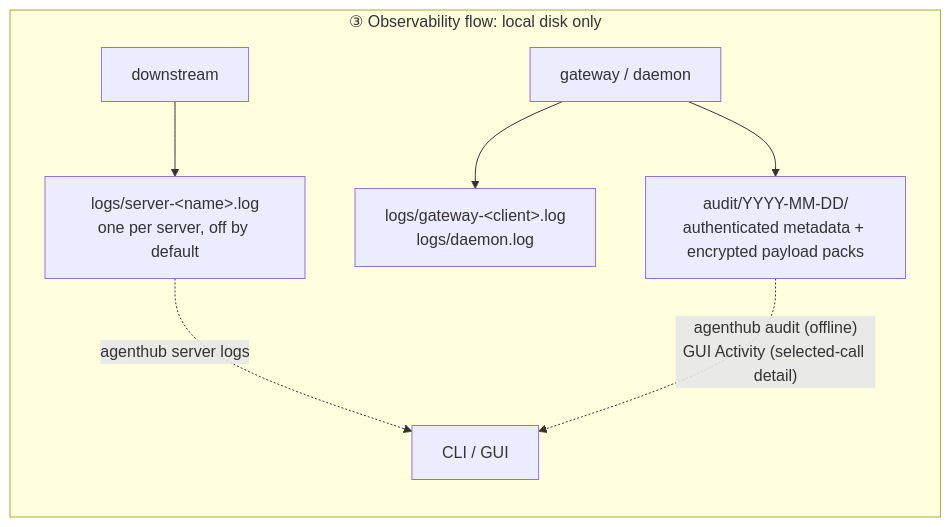
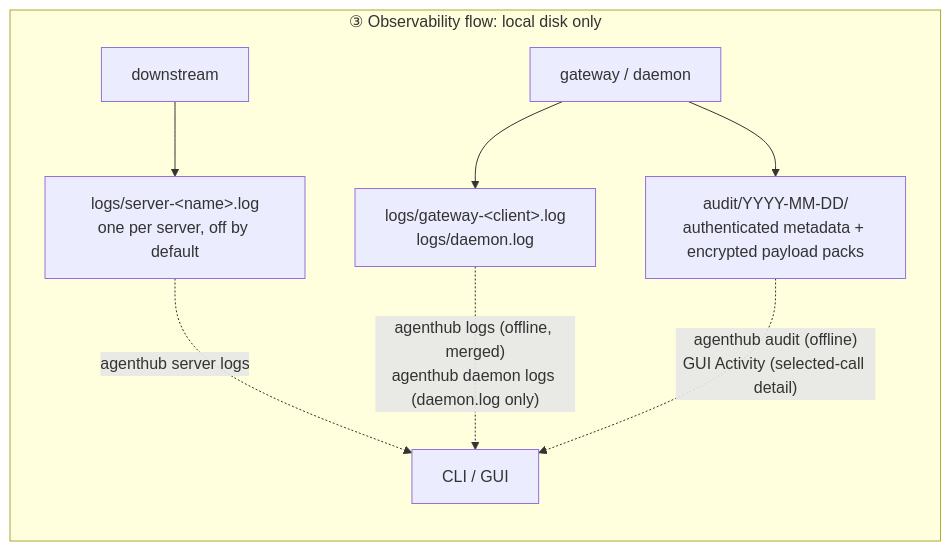
One commit to dinstein/agent-hub changed the sixth of 8 diagrams in docs/architecture.md. Above: the diagram before and after it, drawn with Mermaid. The commit also changed 6 other files, not shown here.

````diff
--- a/docs/architecture.md
+++ b/docs/architecture.md
@@ -276,10 +276,11 @@
 ```mermaid
 flowchart LR
     subgraph obs["③ Observability flow: local disk only"]
         DSX["downstream"] --> A4["logs/server-&lt;name&gt;.log<br/>one per server, off by default"]
         GW["gateway / daemon"] --> A5["logs/gateway-&lt;client&gt;.log<br/>logs/daemon.log"]
         GW --> A6["audit/YYYY-MM-DD/<br/>authenticated metadata + encrypted payload packs"]
         A4 -.->|"agenthub server logs"| F["CLI / GUI"]
+        A5 -.->|"agenthub logs (offline, merged)<br/>agenthub daemon logs (daemon.log only)"| F
         A6 -.->|"agenthub audit (offline)<br/>GUI Activity (selected-call detail)"| F
     end
 ```
````
